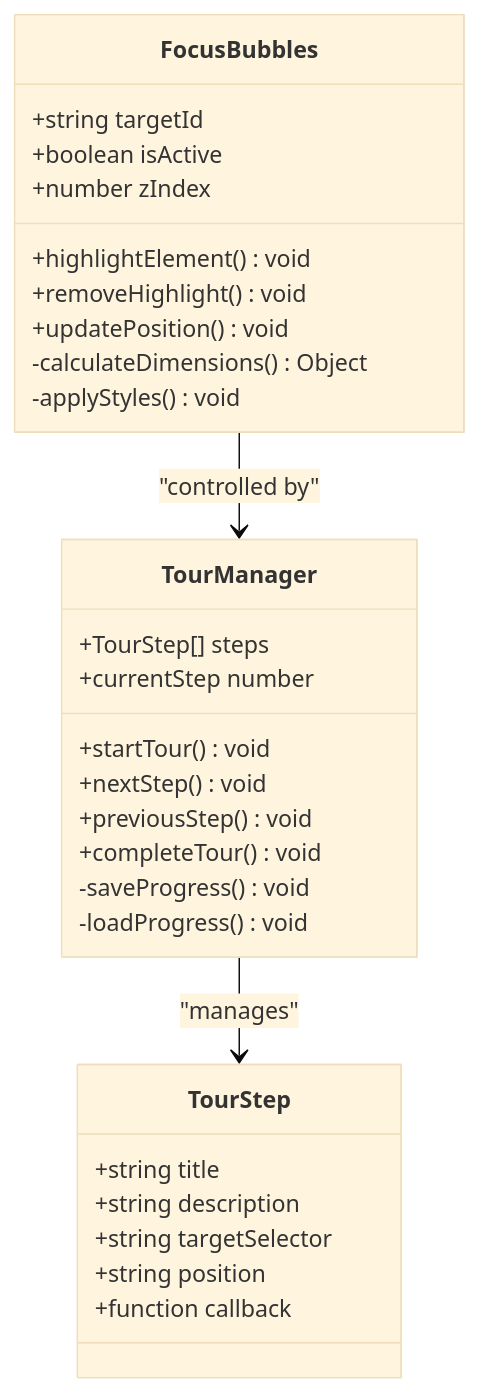
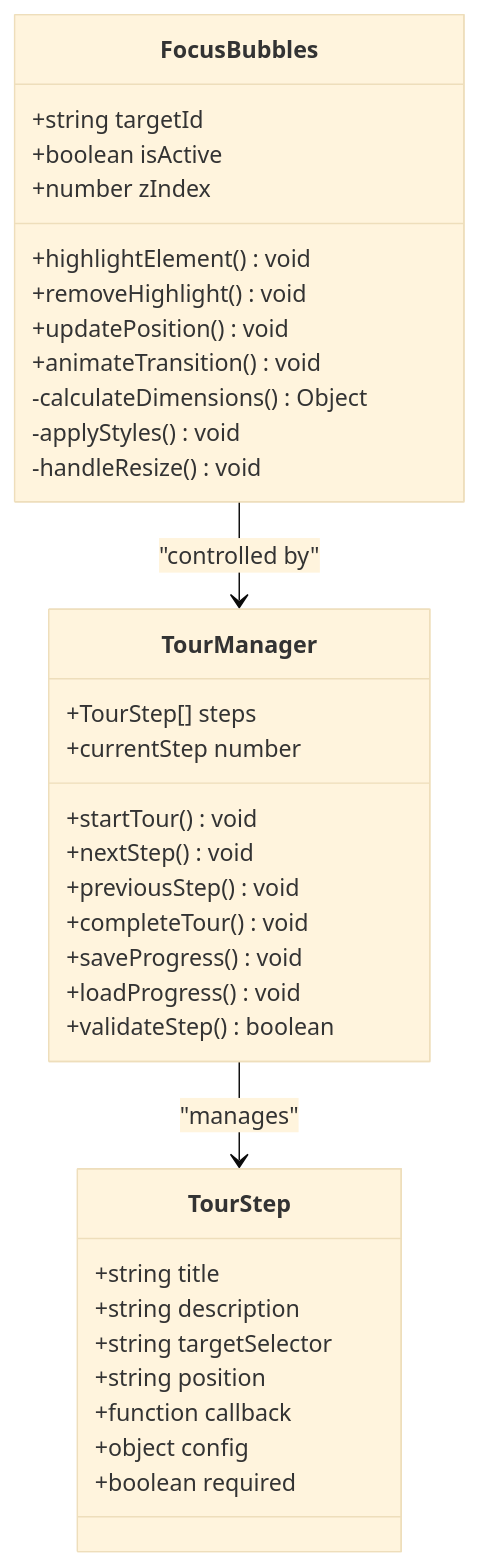
Before and after one commit to zmyeo54/briefroom: the fifth of 6 diagrams in .qoder/repowiki/en/content/Core Features/Onboarding Tour System.md, drawn with Mermaid (base theme). The commit also changed other lines of this file and 32 other files, not shown here.

````diff
--- a/.qoder/repowiki/en/content/Core Features/Onboarding Tour System.md
+++ b/.qoder/repowiki/en/content/Core Features/Onboarding Tour System.md
@@ -203,32 +223,37 @@
 ```mermaid
 classDiagram
 class FocusBubbles {
 +string targetId
 +boolean isActive
 +number zIndex
 +highlightElement() void
 +removeHighlight() void
 +updatePosition() void
++animateTransition() void
 -calculateDimensions() Object
 -applyStyles() void
+-handleResize() void
 }
 class TourManager {
 +TourStep[] steps
 +currentStep number
 +startTour() void
 +nextStep() void
 +previousStep() void
 +completeTour() void
--saveProgress() void
--loadProgress() void
++saveProgress() void
++loadProgress() void
++validateStep() boolean
 }
 class TourStep {
 +string title
 +string description
 +string targetSelector
 +string position
 +function callback
++object config
++boolean required
 }
 FocusBubbles --> TourManager : "controlled by"
 TourManager --> TourStep : "manages"
 ```
````
